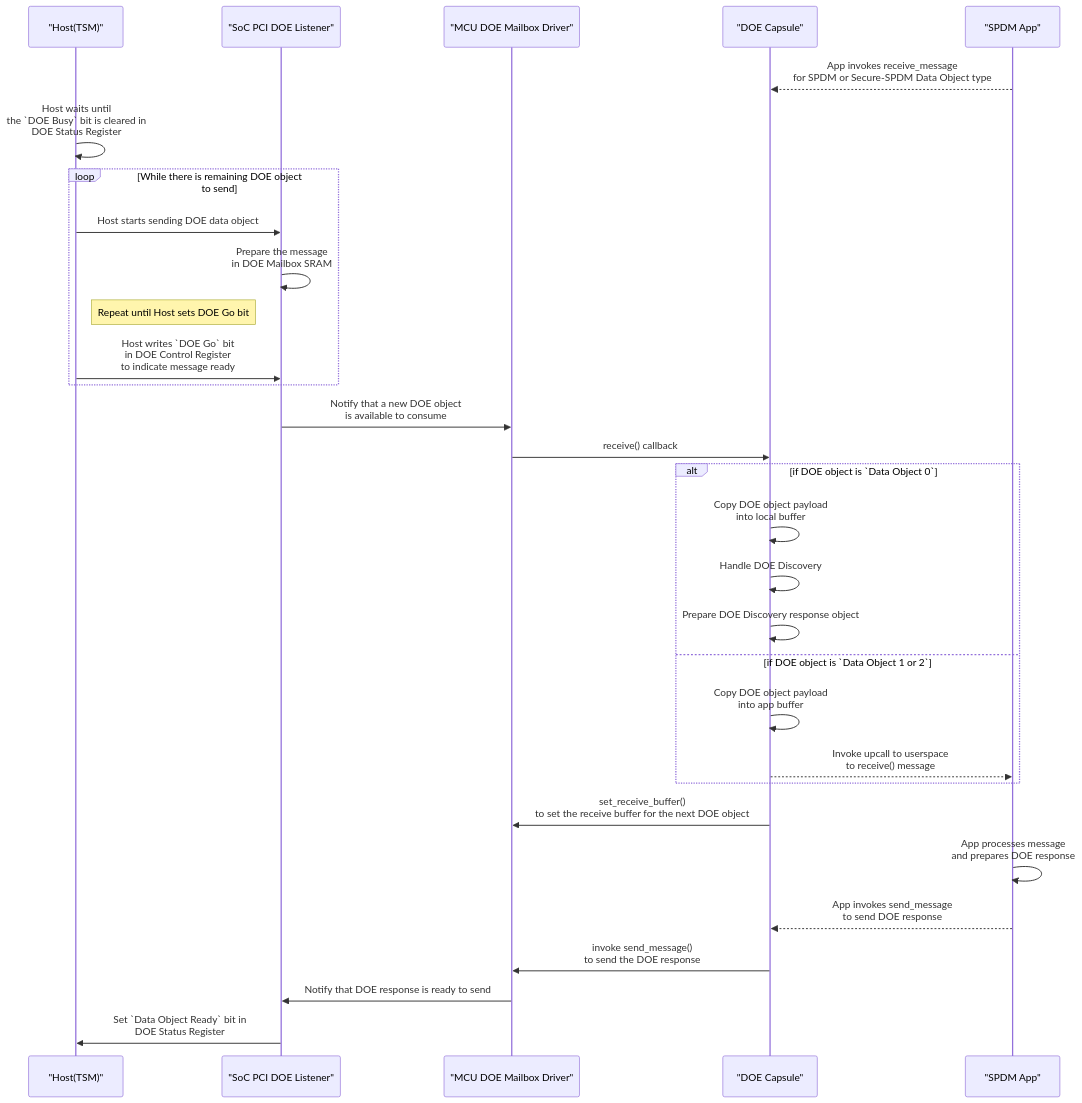
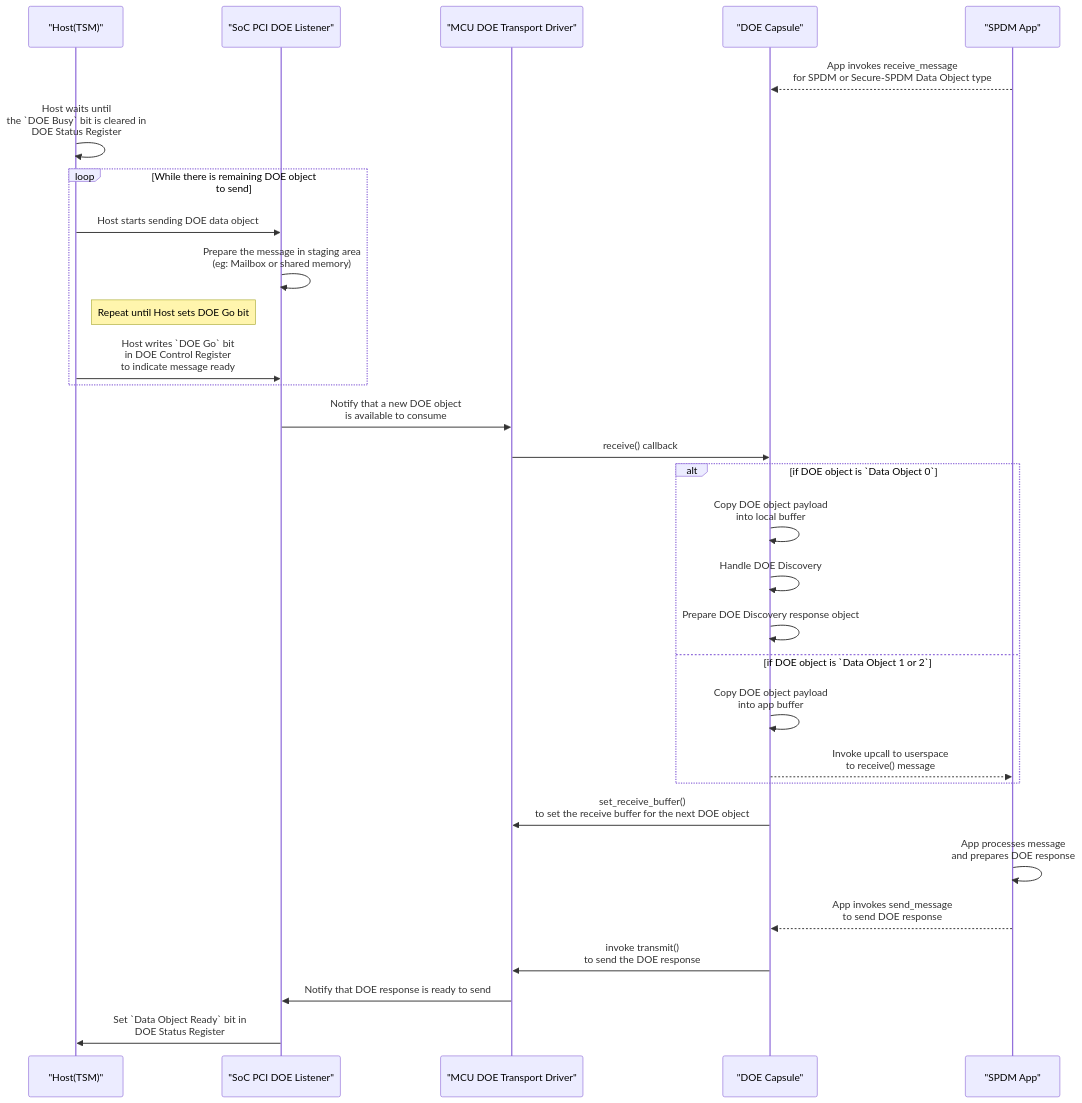
Before and after one commit to chipsalliance/caliptra-mcu-sw: the diagram in docs/src/doe.md, drawn with Mermaid. The commit also changed other lines of this file and 3 other files, not shown here.

Commit message:
change mailbox term to transport to avoid confusion

````diff
--- a/docs/src/doe.md
+++ b/docs/src/doe.md
@@ -13,33 +13,33 @@
 ```mermaid
 sequenceDiagram
     participant Host as "Host(TSM)"
     participant SoC_PCI_DOE_FSM as "SoC PCI DOE Listener"
-    participant MCU_DOE_MBOX_DRIVER as "MCU DOE Mailbox Driver"
+    participant MCU_DOE_TRANSPORT_DRIVER as "MCU DOE Transport Driver"
     participant DOE_CAPSULE as "DOE Capsule"
     participant SPDM_APP as "SPDM App"
     SPDM_APP -->> DOE_CAPSULE: App invokes receive_message<br> for SPDM or Secure-SPDM Data Object type 
     Host ->> Host: Host waits until<br> the `DOE Busy` bit is cleared in <br>DOE Status Register
     loop While there is remaining DOE object to send
         Host ->> SoC_PCI_DOE_FSM  : Host starts sending DOE data object
-        SoC_PCI_DOE_FSM ->> SoC_PCI_DOE_FSM: Prepare the message <br>in DOE Mailbox SRAM
+        SoC_PCI_DOE_FSM ->> SoC_PCI_DOE_FSM: Prepare the message in staging area <br> (eg: Mailbox or shared memory)
         Note right of Host: Repeat until Host sets DOE Go bit
         Host ->> SoC_PCI_DOE_FSM: Host writes `DOE Go` bit <br>in DOE Control Register<br> to indicate message ready
     end
-    SoC_PCI_DOE_FSM ->> MCU_DOE_MBOX_DRIVER: Notify that a new DOE object<br> is available to consume
-    MCU_DOE_MBOX_DRIVER ->> DOE_CAPSULE: receive() callback
+    SoC_PCI_DOE_FSM ->> MCU_DOE_TRANSPORT_DRIVER: Notify that a new DOE object<br> is available to consume
+    MCU_DOE_TRANSPORT_DRIVER ->> DOE_CAPSULE: receive() callback
 
     alt if DOE object is `Data Object 0`
         DOE_CAPSULE ->> DOE_CAPSULE: Copy DOE object payload <br>into local buffer
         DOE_CAPSULE ->> DOE_CAPSULE: Handle DOE Discovery
         DOE_CAPSULE ->> DOE_CAPSULE: Prepare DOE Discovery response object
     else if DOE object is `Data Object 1 or 2`
         DOE_CAPSULE ->> DOE_CAPSULE: Copy DOE object payload <br>into app buffer
         DOE_CAPSULE -->> SPDM_APP: Invoke upcall to userspace<br> to receive() message
     end
-    DOE_CAPSULE ->> MCU_DOE_MBOX_DRIVER: set_receive_buffer()<br> to set the receive buffer for the next DOE object
+    DOE_CAPSULE ->> MCU_DOE_TRANSPORT_DRIVER: set_receive_buffer()<br> to set the receive buffer for the next DOE object
     SPDM_APP ->> SPDM_APP: App processes message <br>and prepares DOE response
     SPDM_APP -->> DOE_CAPSULE: App invokes send_message <br>to send DOE response
-    DOE_CAPSULE ->> MCU_DOE_MBOX_DRIVER: invoke send_message()<br> to send the DOE response
-    MCU_DOE_MBOX_DRIVER ->> SoC_PCI_DOE_FSM: Notify that DOE response is ready to send
+    DOE_CAPSULE ->> MCU_DOE_TRANSPORT_DRIVER: invoke transmit()<br> to send the DOE response
+    MCU_DOE_TRANSPORT_DRIVER ->> SoC_PCI_DOE_FSM: Notify that DOE response is ready to send
     SoC_PCI_DOE_FSM ->> Host: Set `Data Object Ready` bit in<br> DOE Status Register
 ```
````
